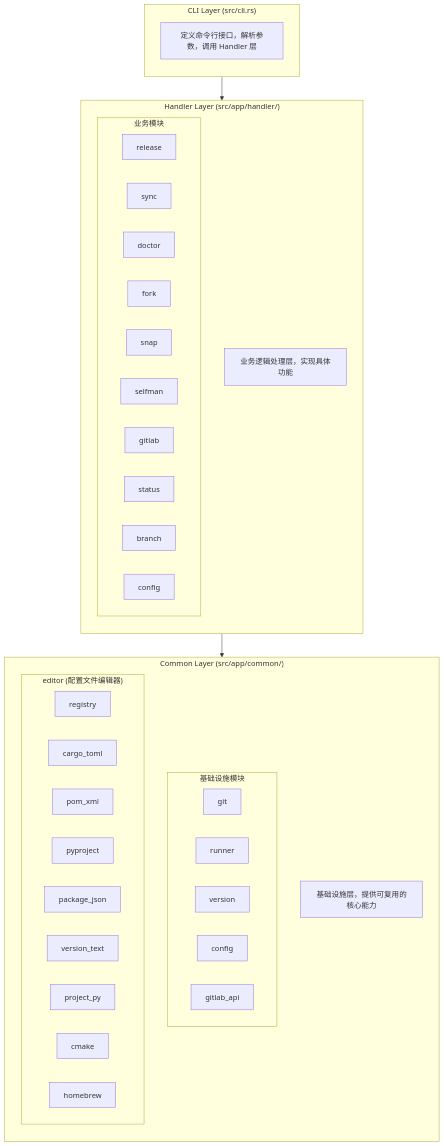
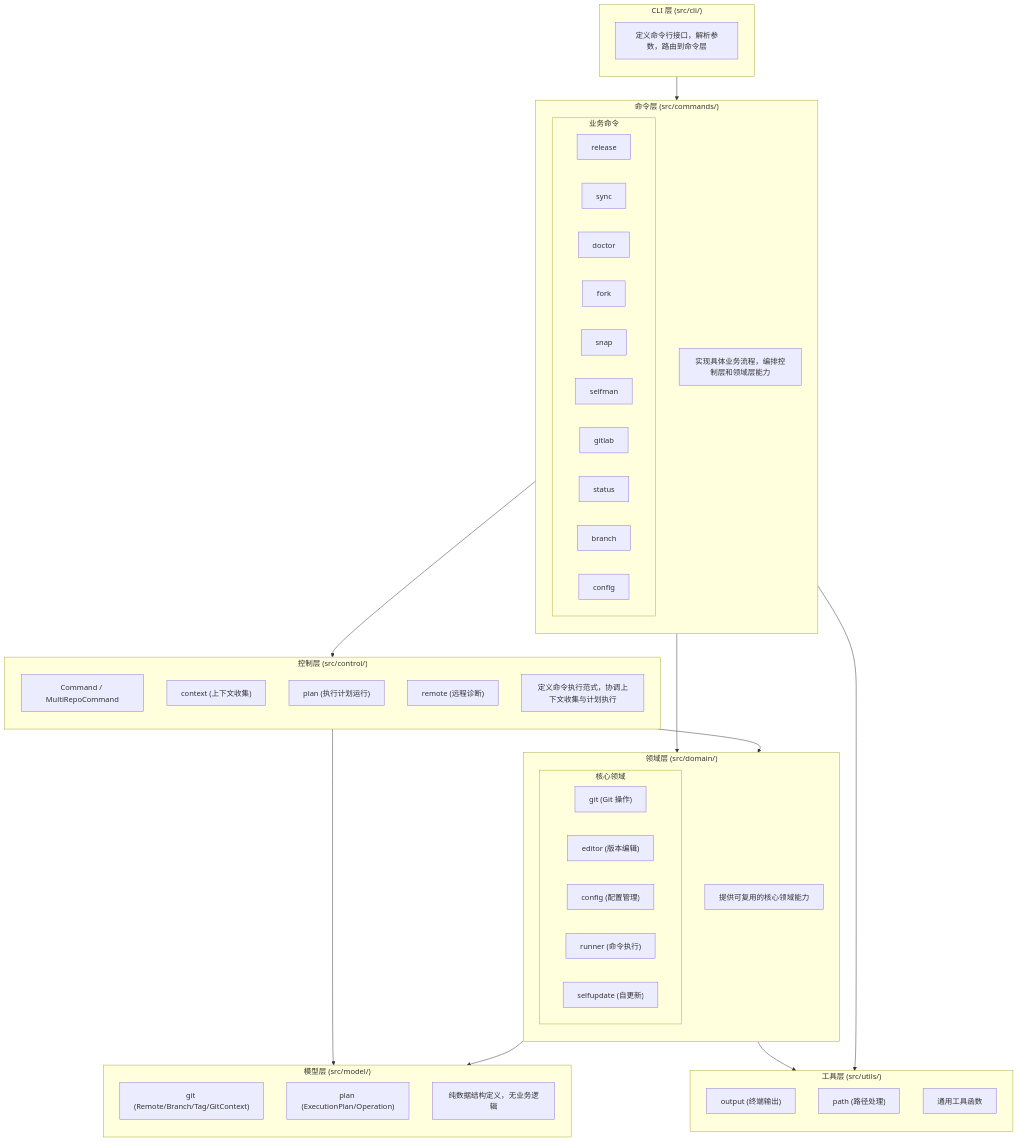
The first of 8 diagrams in docs/architecture.md (Jeanhwea/project-manager-app), drawn with Mermaid before and after one commit. The commit also changed other lines of this file, not shown here.

First line of the commit message:
docs(architecture): 更新架构文档以反映最新五层架构设计

````diff
--- a/docs/architecture.md
+++ b/docs/architecture.md
@@ -9,50 +11,68 @@
 ```mermaid
 flowchart TB
-    subgraph CLI["CLI Layer (src/cli.rs)"]
+    subgraph CLI["CLI 层 (src/cli/)"]
         direction TB
-        CLI_DESC["定义命令行接口，解析参数，调用 Handler 层"]
+        CLI_DESC["定义命令行接口，解析参数，路由到命令层"]
     end
 
-    subgraph Handler["Handler Layer (src/app/handler/)"]
+    subgraph Commands["命令层 (src/commands/)"]
         direction TB
-        subgraph H1["业务模块"]
+        subgraph CMD1["业务命令"]
             release["release"]
             sync["sync"]
             doctor["doctor"]
             fork["fork"]
             snap["snap"]
             selfman["selfman"]
             gitlab["gitlab"]
             status["status"]
             branch["branch"]
             config["config"]
         end
-        HANDLER_DESC["业务逻辑处理层，实现具体功能"]
+        CMD_DESC["实现具体业务流程，编排控制层和领域层能力"]
     end
 
-    subgraph Common["Common Layer (src/app/common/)"]
+    subgraph Control["控制层 (src/control/)"]
         direction TB
-        subgraph C1["基础设施模块"]
-            git["git"]
-            runner["runner"]
-            version["version"]
-            config_mod["config"]
-            gitlab_api["gitlab_api"]
-        end
-        subgraph C2["editor (配置文件编辑器)"]
-            registry["registry"]
-            cargo_toml["cargo_toml"]
-            pom_xml["pom_xml"]
-            pyproject["pyproject"]
-            package_json["package_json"]
-            version_text["version_text"]
-            project_py["project_py"]
-            cmake["cmake"]
-            homebrew["homebrew"]
-        end
-        COMMON_DESC["基础设施层，提供可复用的核心能力"]
+        command_trait["Command / MultiRepoCommand"]
+        context_mod["context (上下文收集)"]
+        plan_mod["plan (执行计划运行)"]
+        remote_mod["remote (远程诊断)"]
+        CTRL_DESC["定义命令执行范式，协调上下文收集与计划执行"]
     end
 
-    CLI --> Handler
-    Handler --> Common
+    subgraph Domain["领域层 (src/domain/)"]
+        direction TB
+        subgraph D1["核心领域"]
+            git["git (Git 操作)"]
+            editor["editor (版本编辑)"]
+            config_mod["config (配置管理)"]
+            runner["runner (命令执行)"]
+            selfupdate["selfupdate (自更新)"]
+        end
+        DOMAIN_DESC["提供可复用的核心领域能力"]
+    end
+
+    subgraph Model["模型层 (src/model/)"]
+        direction TB
+        git_model["git (Remote/Branch/Tag/GitContext)"]
+        plan_model["plan (ExecutionPlan/Operation)"]
+        MODEL_DESC["纯数据结构定义，无业务逻辑"]
+    end
+
+    subgraph Utils["工具层 (src/utils/)"]
+        direction TB
+        output["output (终端输出)"]
+        path["path (路径处理)"]
+        UTILS_DESC["通用工具函数"]
+    end
+
+    CLI --> Commands
+    Commands --> Control
+    Commands --> Domain
+    Control --> Domain
+    Control --> Model
+    Domain --> Model
+    Domain --> Utils
+    Commands --> Utils
 ```
````
